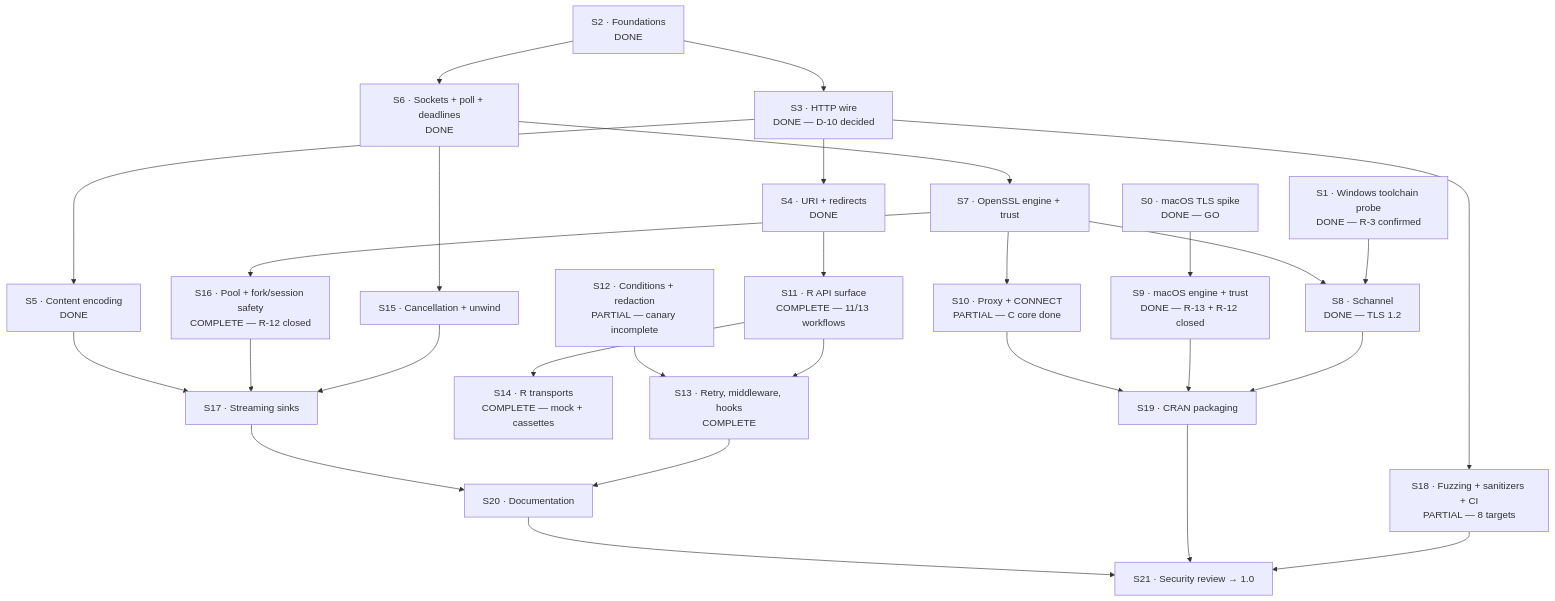
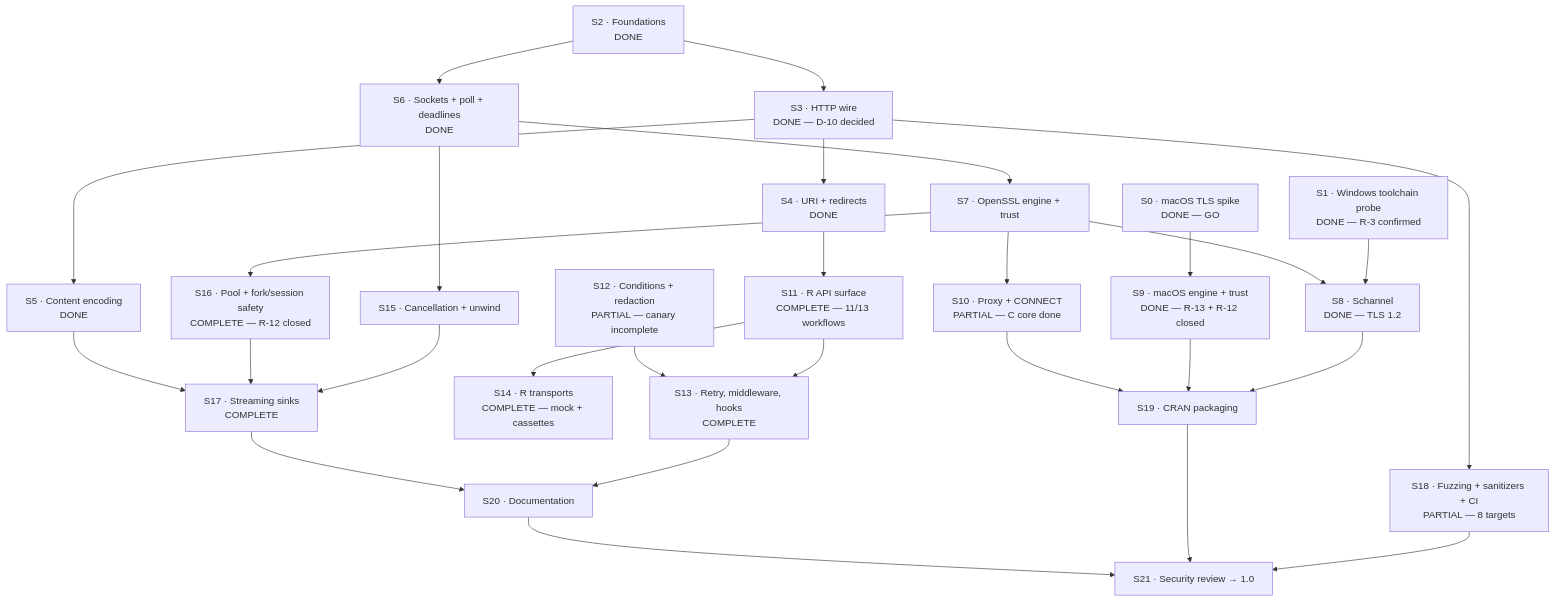
One commit to pedrobtz/zuhttp changed the diagram in .agents/roadmap.md. Above: the diagram before and after it, drawn with Mermaid. The commit also changed other lines of this file and 22 other files, not shown here.

First line of the commit message:
S17: streaming sinks, and an RSS test with a control

````diff
--- a/.agents/roadmap.md
+++ b/.agents/roadmap.md
@@ -28,58 +28,58 @@
 ```mermaid
 graph TD
     S0["S0 · macOS TLS spike<br/>DONE — GO"]
     S1["S1 · Windows toolchain probe<br/>DONE — R-3 confirmed"]
 
     S2["S2 · Foundations<br/>DONE"]
     S3["S3 · HTTP wire<br/>DONE — D-10 decided"]
     S4["S4 · URI + redirects<br/>DONE"]
     S5["S5 · Content encoding<br/>DONE"]
 
     S6["S6 · Sockets + poll + deadlines<br/>DONE"]
     S7["S7 · OpenSSL engine + trust"]
     S8["S8 · Schannel<br/>DONE — TLS 1.2"]
     S9["S9 · macOS engine + trust<br/>DONE — R-13 + R-12 closed"]
     S10["S10 · Proxy + CONNECT<br/>PARTIAL — C core done"]
 
     S11["S11 · R API surface<br/>COMPLETE — 11/13 workflows"]
     S12["S12 · Conditions + redaction<br/>PARTIAL — canary incomplete"]
     S13["S13 · Retry, middleware, hooks<br/>COMPLETE"]
     S14["S14 · R transports<br/>COMPLETE — mock + cassettes"]
 
     S15["S15 · Cancellation + unwind"]
     S16["S16 · Pool + fork/session safety<br/>COMPLETE — R-12 closed"]
-    S17["S17 · Streaming sinks"]
+    S17["S17 · Streaming sinks<br/>COMPLETE"]
 
     S18["S18 · Fuzzing + sanitizers + CI<br/>PARTIAL — 8 targets"]
     S19["S19 · CRAN packaging"]
     S20["S20 · Documentation"]
     S21["S21 · Security review → 1.0"]
 
     S0 --> S9
     S1 --> S8
     S2 --> S3
     S2 --> S6
     S3 --> S4
     S3 --> S5
     S3 --> S18
     S6 --> S7
     S6 --> S15
     S7 --> S8
     S7 --> S10
     S7 --> S16
     S8 --> S19
     S9 --> S19
     S4 --> S11
     S11 --> S13
     S12 --> S13
     S11 --> S14
     S15 --> S17
     S16 --> S17
     S13 --> S20
     S17 --> S20
     S18 --> S21
     S19 --> S21
     S20 --> S21
     S10 --> S19
     S5 --> S17
 ```
````
